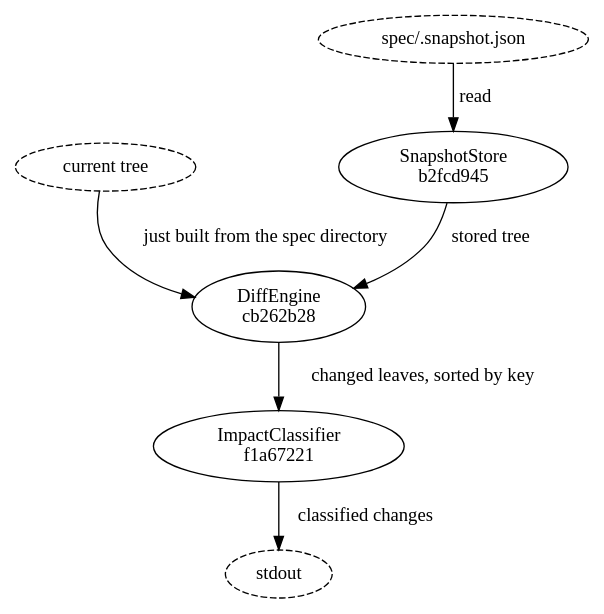
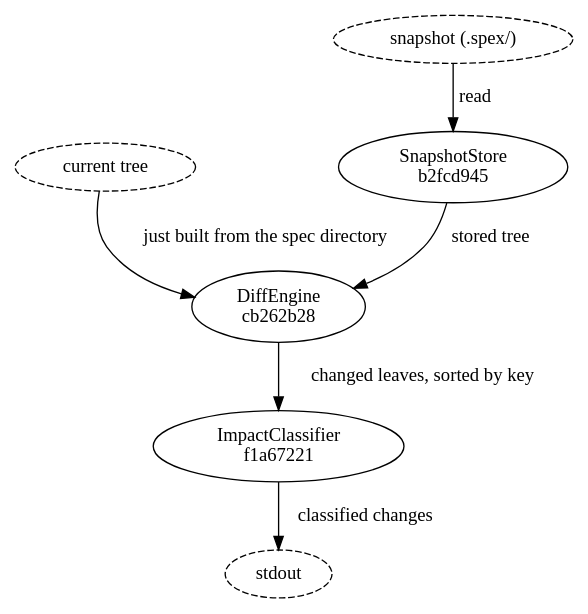
The diagram in spec/merkle/flow_diff_classification.md (dmitriyb/spexmachina), drawn with Graphviz before and after one commit. The commit also changed other lines of this file and 54 other files, not shown here.

First line of the commit message:
spec: apply project-lifecycle — .spex/ state dir, init/doctor, absence is an error

````diff
--- a/spec/merkle/flow_diff_classification.md
+++ b/spec/merkle/flow_diff_classification.md
@@ -5,16 +5,16 @@
 ```dot
 digraph diff_classification {
     "current tree"        [style=dashed];
-    "spec/.snapshot.json" [style=dashed];
+    "snapshot (.spex/)"   [style=dashed];
     "b2fcd9457a28"        [label="SnapshotStore\nb2fcd945"];
     "cb262b280963"        [label="DiffEngine\ncb262b28"];
     "f1a672216ce9"        [label="ImpactClassifier\nf1a67221"];
     "stdout"              [style=dashed];
 
-    "spec/.snapshot.json" -> "b2fcd9457a28" [label="read"];
+    "snapshot (.spex/)"   -> "b2fcd9457a28" [label="read"];
     "b2fcd9457a28"        -> "cb262b280963" [label="stored tree"];
     "current tree"        -> "cb262b280963" [label="just built from the spec directory"];
     "cb262b280963"        -> "f1a672216ce9" [label="changed leaves, sorted by key"];
     "f1a672216ce9"        -> "stdout"       [label="classified changes"];
 }
 ```
````
